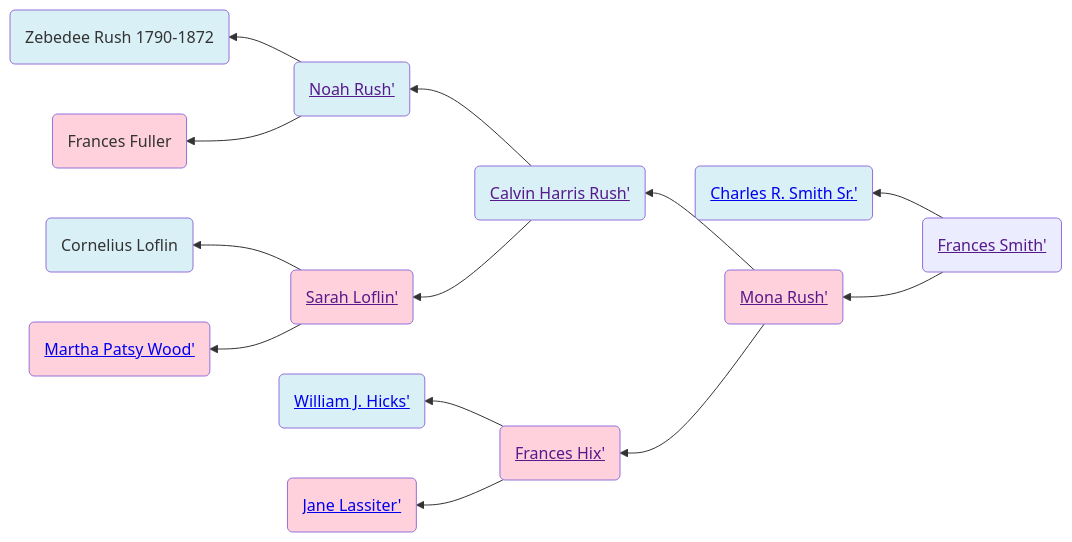
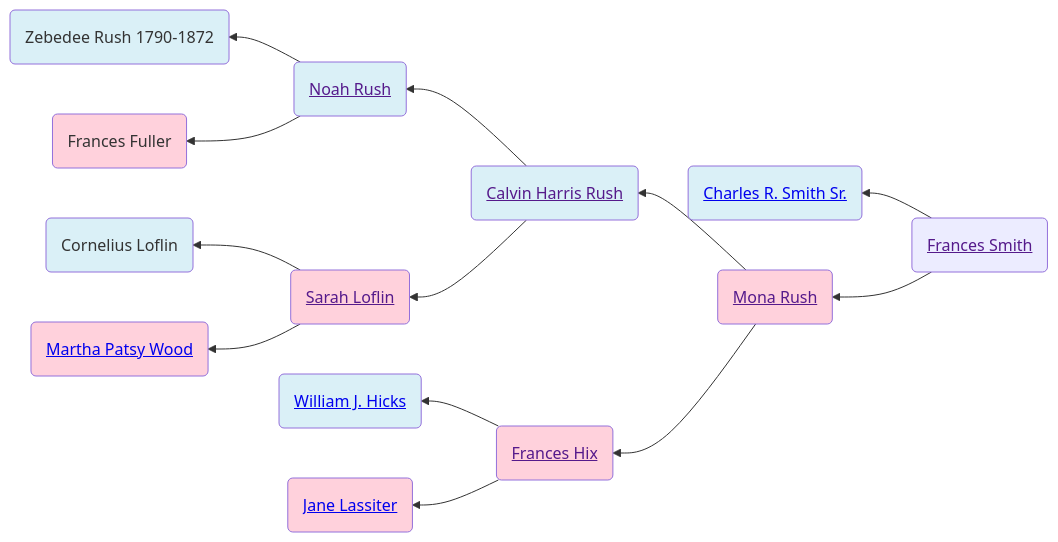
One commit to neelsmith/avocational changed the diagram in familyhistory/sources/people/Smith-line/Frances_Smith.qmd. Above: the diagram before and after it, drawn with Mermaid. The commit also changed 96 other files, not shown here.

````diff
--- a/familyhistory/sources/people/Smith-line/Frances_Smith.qmd
+++ b/familyhistory/sources/people/Smith-line/Frances_Smith.qmd
@@ -19,32 +19,32 @@
 ```{mermaid}
 graph RL
 %% RL ancestor diagram
-Frances_Smith(<a href=''>Frances Smith'</>) -->  Charles_R._Smith_Sr.(<a href='./Charles_R._Smith_Sr..html'>Charles R. Smith Sr.'</>)
+Frances_Smith(<a href=''>Frances Smith</a>) -->  Charles_R._Smith_Sr.(<a href='./Charles_R._Smith_Sr..html'>Charles R. Smith Sr.</a>)
 class Charles_R._Smith_Sr. father
-Frances_Smith(<a href=''>Frances Smith'</>)  --> Mona_Rush(<a href='./../Rush-line/Mona_Rush.html'>Mona Rush'</>)
-Mona_Rush(<a href=''>Mona Rush'</>) -->  Calvin_Harris_Rush(<a href='./Calvin_Harris_Rush.html'>Calvin Harris Rush'</>)
-Calvin_Harris_Rush(<a href=''>Calvin Harris Rush'</>) -->  Noah_Rush(<a href='./Noah_Rush.html'>Noah Rush'</>)
-Noah_Rush(<a href=''>Noah Rush'</>) -->  Zebedee_Rush_1790-1872(Zebedee Rush 1790-1872)
+Frances_Smith(<a href=''>Frances Smith</a>)  --> Mona_Rush(<a href='./../Rush-line/Mona_Rush.html'>Mona Rush</a>)
+Mona_Rush(<a href=''>Mona Rush</a>) -->  Calvin_Harris_Rush(<a href='./Calvin_Harris_Rush.html'>Calvin Harris Rush</a>)
+Calvin_Harris_Rush(<a href=''>Calvin Harris Rush</a>) -->  Noah_Rush(<a href='./Noah_Rush.html'>Noah Rush</a>)
+Noah_Rush(<a href=''>Noah Rush</a>) -->  Zebedee_Rush_1790-1872(Zebedee Rush 1790-1872)
 class Zebedee_Rush_1790-1872 father
-Noah_Rush(<a href=''>Noah Rush'</>)  --> Frances_Fuller(Frances Fuller)
+Noah_Rush(<a href=''>Noah Rush</a>)  --> Frances_Fuller(Frances Fuller)
 class Frances_Fuller mother
 class Noah_Rush father
-Calvin_Harris_Rush(<a href=''>Calvin Harris Rush'</>)  --> Sarah_Loflin(<a href='./../Randolph_county_lines/Loflin/Sarah_Loflin.html'>Sarah Loflin'</>)
-Sarah_Loflin(<a href=''>Sarah Loflin'</>) -->  Cornelius_Loflin(Cornelius Loflin)
+Calvin_Harris_Rush(<a href=''>Calvin Harris Rush</a>)  --> Sarah_Loflin(<a href='./../Randolph_county_lines/Loflin/Sarah_Loflin.html'>Sarah Loflin</a>)
+Sarah_Loflin(<a href=''>Sarah Loflin</a>) -->  Cornelius_Loflin(Cornelius Loflin)
 class Cornelius_Loflin father
-Sarah_Loflin(<a href=''>Sarah Loflin'</>)  --> Martha_Patsy_Wood(<a href='./../Martha_Patsy_Wood.html'>Martha Patsy Wood'</>)
+Sarah_Loflin(<a href=''>Sarah Loflin</a>)  --> Martha_Patsy_Wood(<a href='./../Martha_Patsy_Wood.html'>Martha Patsy Wood</a>)
 class Martha_Patsy_Wood mother
 class Sarah_Loflin mother
 class Calvin_Harris_Rush father
-Mona_Rush(<a href=''>Mona Rush'</>)  --> Frances_Hix(<a href='./../Randolph_county_lines/Hicks/Frances_Hix.html'>Frances Hix'</>)
-Frances_Hix(<a href=''>Frances Hix'</>) -->  William_J._Hicks(<a href='./William_J._Hicks.html'>William J. Hicks'</>)
+Mona_Rush(<a href=''>Mona Rush</a>)  --> Frances_Hix(<a href='./../Randolph_county_lines/Hicks/Frances_Hix.html'>Frances Hix</a>)
+Frances_Hix(<a href=''>Frances Hix</a>) -->  William_J._Hicks(<a href='./William_J._Hicks.html'>William J. Hicks</a>)
 class William_J._Hicks father
-Frances_Hix(<a href=''>Frances Hix'</>)  --> Jane_Lassiter(<a href='./../Lassiter/Jane_Lassiter.html'>Jane Lassiter'</>)
+Frances_Hix(<a href=''>Frances Hix</a>)  --> Jane_Lassiter(<a href='./../Lassiter/Jane_Lassiter.html'>Jane Lassiter</a>)
 class Jane_Lassiter mother
 class Frances_Hix mother
 class Mona_Rush mother
 classDef mother fill:#ffd1dc
 classDef father fill:#daf0f7  
 classDef marriage fill:#ffffff
 
 ```
````
